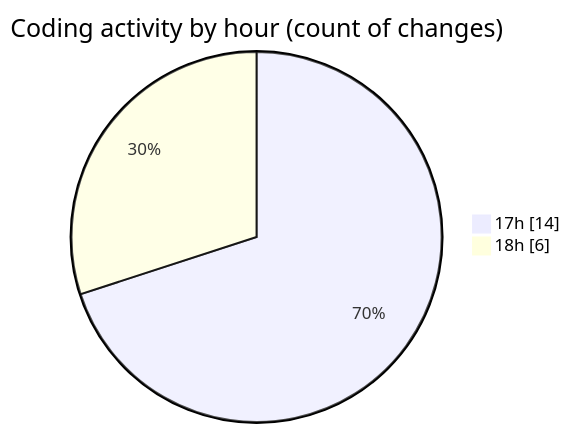
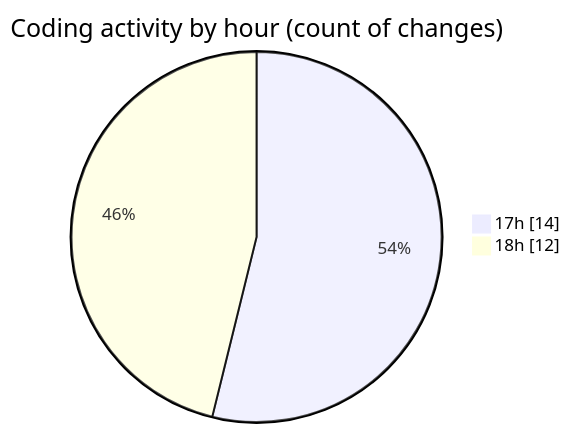
The second of 2 diagrams in 2025-05-01/jmasm/README.md (charlie-sans/code-tracking), drawn with Mermaid before and after one commit. The commit also changed other lines of this file and 1 other file, not shown here.

````diff
--- a/2025-05-01/jmasm/README.md
+++ b/2025-05-01/jmasm/README.md
@@ -37,6 +37,6 @@
 ```mermaid
 pie showData
 title Coding activity by hour (count of changes)
 "17h" : 14
-"18h" : 6
+"18h" : 12
 ```
````
